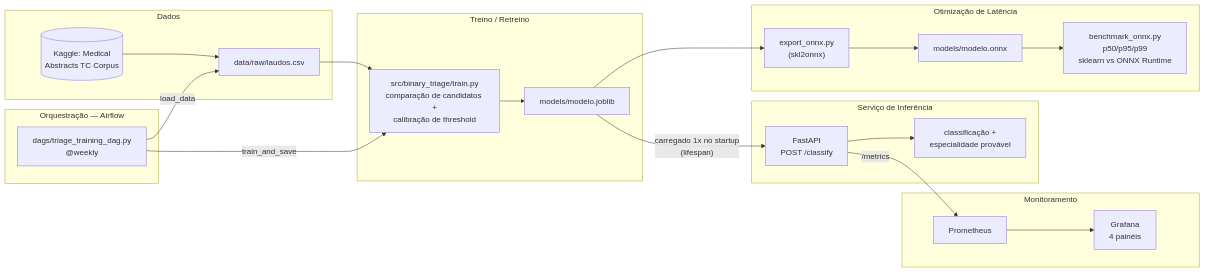
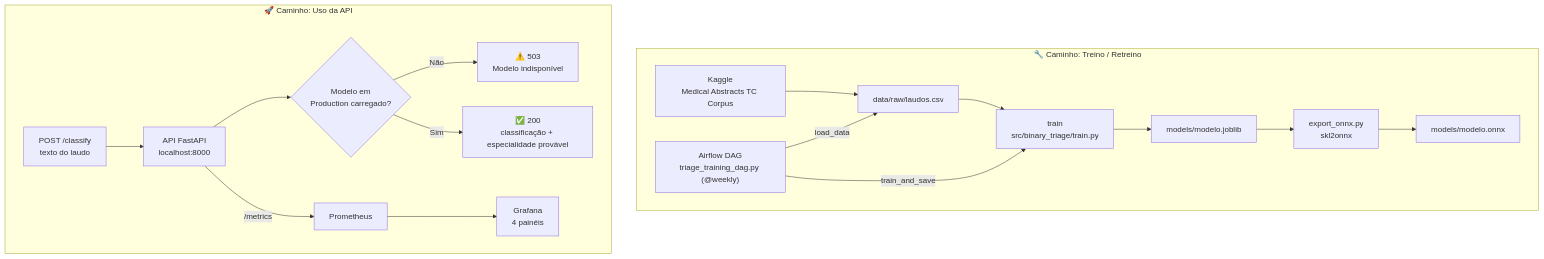
The diagram in README.md (fiap-postech-ml-engineering/medical-triage-mlops), drawn with Mermaid before and after one commit.

Commit message:
docs(readme): reestruturar fluxograma em dois caminhos (treino x uso da API)

````diff
--- a/README.md
+++ b/README.md
@@ -136,33 +136,31 @@
 ```mermaid
-flowchart LR
-    subgraph Dados
-        KG[("Kaggle: Medical\nAbstracts TC Corpus")] --> RAW["data/raw/laudos.csv"]
+flowchart TD
+    subgraph TREINO["🔧 Caminho: Treino / Retreino"]
+        A["Kaggle
+Medical Abstracts TC Corpus"] --> B["data/raw/laudos.csv"]
+        B --> C["train
+src/binary_triage/train.py"]
+        C --> D["models/modelo.joblib"]
+        D --> E["export_onnx.py
+skl2onnx"]
+        E --> F["models/modelo.onnx"]
+        G["Airflow DAG
+triage_training_dag.py (@weekly)"] -->|load_data| B
+        G -->|train_and_save| C
     end
 
-    subgraph Treino [Treino / Retreino]
-        RAW --> TRAIN["src/binary_triage/train.py\ncomparação de candidatos +\ncalibração de threshold"]
-        TRAIN --> MODEL["models/modelo.joblib"]
-    end
-
-    subgraph Airflow [Orquestração — Airflow]
-        DAG["dags/triage_training_dag.py\n@weekly"]
-        DAG -->|load_data| RAW
-        DAG -->|train_and_save| TRAIN
-    end
-
-    subgraph Inferencia [Serviço de Inferência]
-        MODEL -->|"carregado 1x no startup\n(lifespan)"| API["FastAPI\nPOST /classify"]
-        API --> RESP["classificação +\nespecialidade provável"]
-    end
-
-    subgraph Observabilidade [Monitoramento]
-        API -->|"/metrics"| PROM["Prometheus"]
-        PROM --> GRAF["Grafana\n4 painéis"]
-    end
-
-    subgraph Latencia [Otimização de Latência]
-        MODEL --> EXPORT["export_onnx.py\n(skl2onnx)"]
-        EXPORT --> ONNX["models/modelo.onnx"]
-        ONNX --> BENCH["benchmark_onnx.py\np50/p95/p99\nsklearn vs ONNX Runtime"]
+    subgraph USO["🚀 Caminho: Uso da API"]
+        H["POST /classify
+texto do laudo"] --> I["API FastAPI
+localhost:8000"]
+        I --> J{"Modelo em
+Production carregado?"}
+        J -->|Não| K["⚠️ 503
+Modelo indisponível"]
+        J -->|Sim| L["✅ 200
+classificação + especialidade provável"]
+        I -->|"/metrics"| M["Prometheus"]
+        M --> N["Grafana
+4 painéis"]
     end
 ```
````
